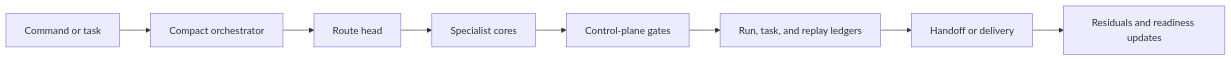
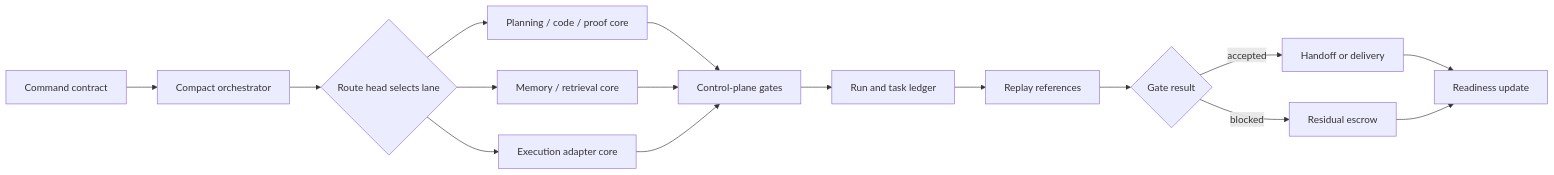
Before and after one commit to corbensorenson/asi-stack-book: the diagram in chapters/moecot-runtime-and-multi-core-orchestration.qmd, drawn with Mermaid. The commit also changed 7 other files, not shown here.

Commit message:
Strengthen diagram substance validation

````diff
--- a/chapters/moecot-runtime-and-multi-core-orchestration.qmd
+++ b/chapters/moecot-runtime-and-multi-core-orchestration.qmd
@@ -110,10 +110,18 @@
 ```{mermaid}
 flowchart LR
-  A["Command or task"] --> B["Compact orchestrator"]
-  B --> C["Route head"]
-  C --> D["Specialist cores"]
-  D --> E["Control-plane gates"]
-  E --> F["Run, task, and replay ledgers"]
-  F --> G["Handoff or delivery"]
-  G --> H["Residuals and readiness updates"]
+  A["Command contract"] --> B["Compact orchestrator"]
+  B --> C{"Route head selects lane"}
+  C --> D1["Planning / code / proof core"]
+  C --> D2["Memory / retrieval core"]
+  C --> D3["Execution adapter core"]
+  D1 --> E["Control-plane gates"]
+  D2 --> E
+  D3 --> E
+  E --> F["Run and task ledger"]
+  F --> G["Replay references"]
+  G --> H{"Gate result"}
+  H -- "accepted" --> I["Handoff or delivery"]
+  H -- "blocked" --> J["Residual escrow"]
+  I --> K["Readiness update"]
+  J --> K
 ```
````
